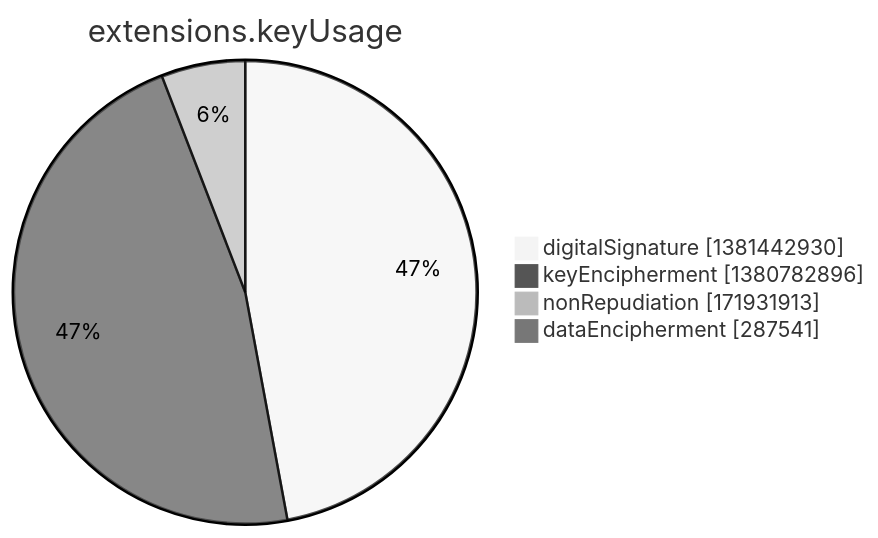
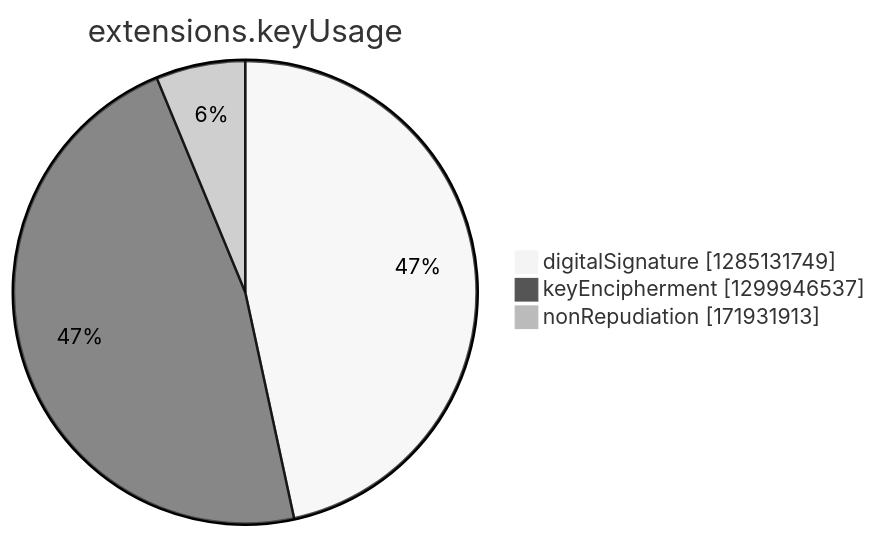
One commit to christiankrug/ctmonitor_visualization changed the seventh of 15 diagrams in argon2022/README.md. Above: the diagram before and after it, drawn with Mermaid (neutral theme). The commit also changed other lines of this file, not shown here.

````diff
--- a/argon2022/README.md
+++ b/argon2022/README.md
@@ -2751,8 +2748,7 @@
 ```mermaid
 pie showData
 title extensions.keyUsage
-"digitalSignature" :1381442930
-"keyEncipherment" :1380782896
+"digitalSignature" :1285131749
+"keyEncipherment" :1299946537
 "nonRepudiation" :171931913
-"dataEncipherment" :287541
 ```
````
